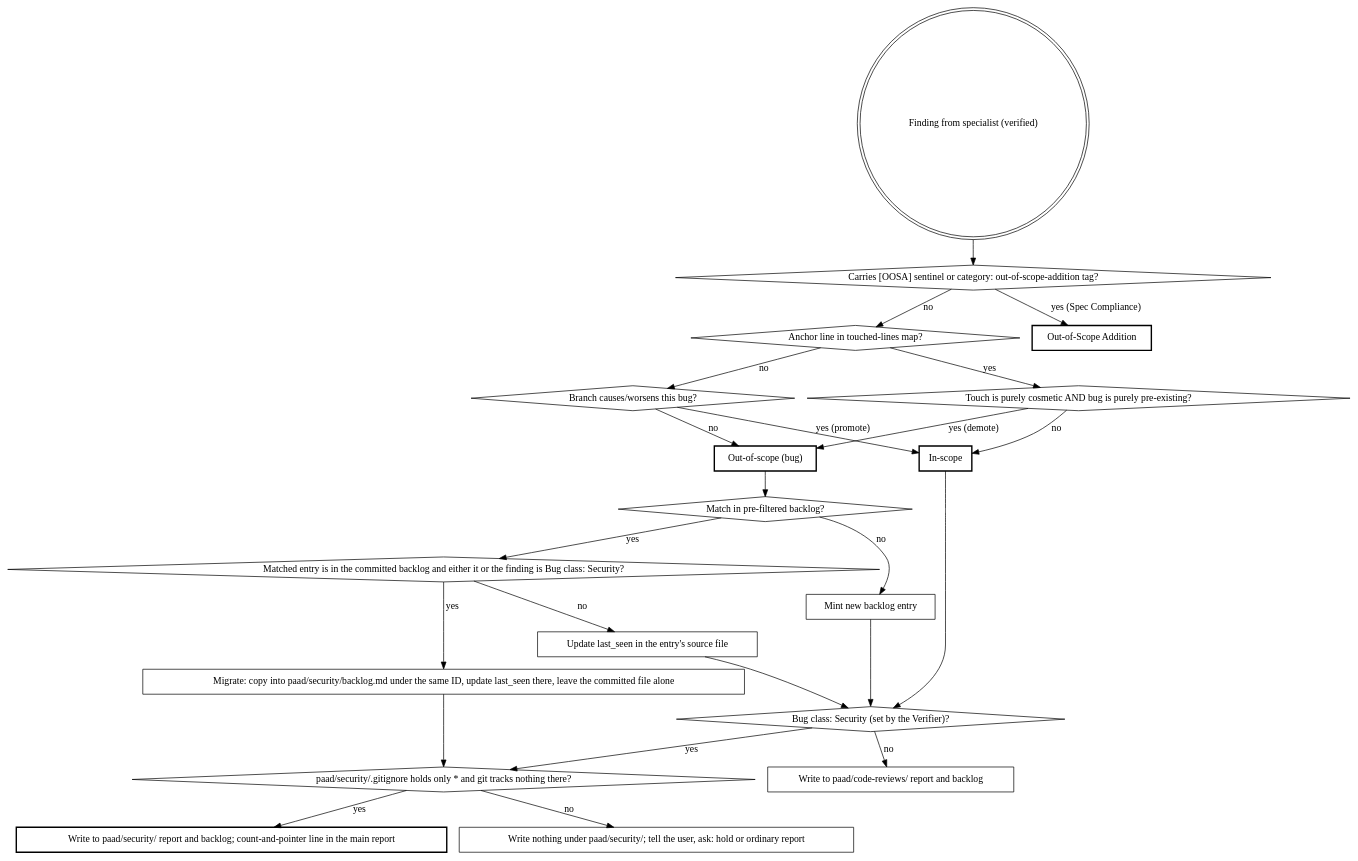
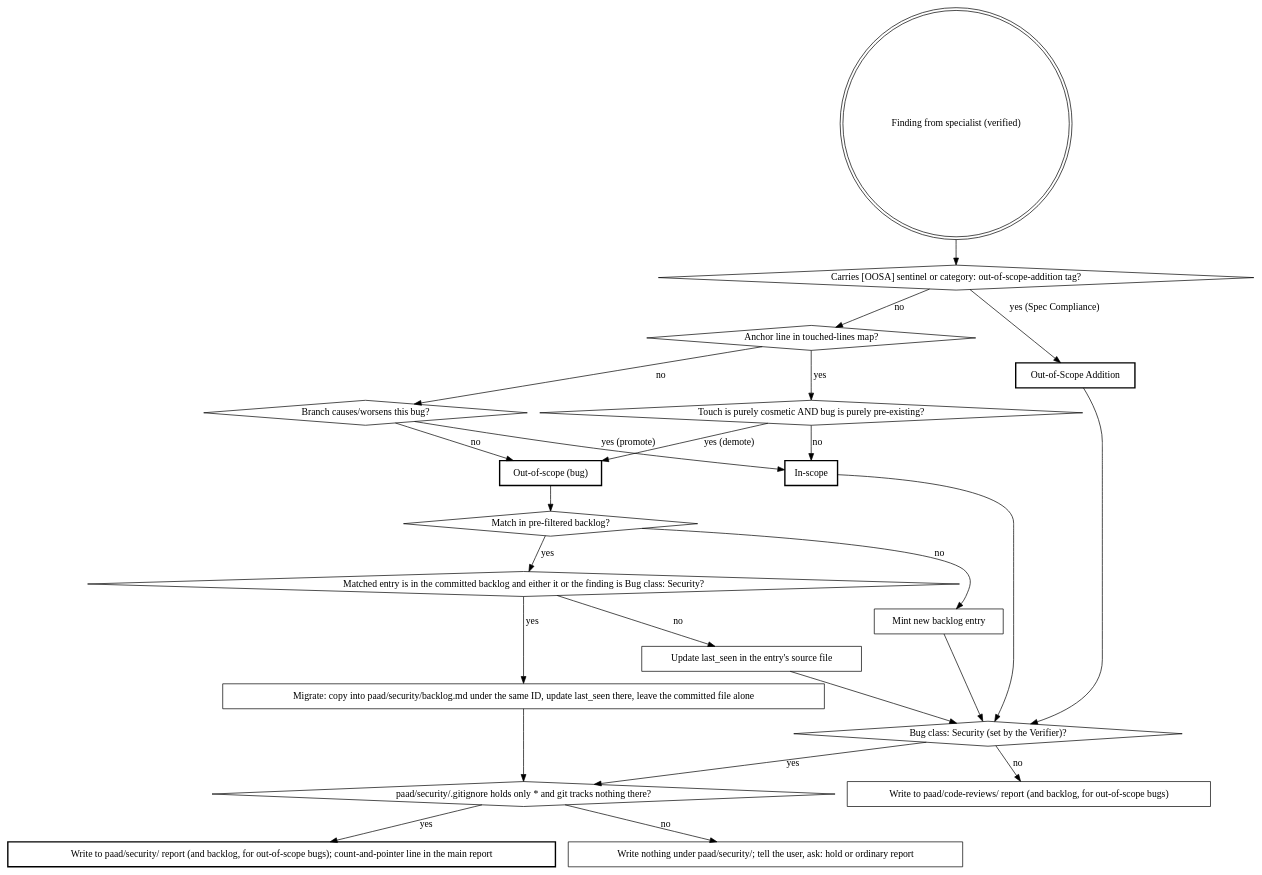
Before and after one commit to Ovid/paad: the first of 2 diagrams in preview/paad/skills/agentic-review/SKILL.md, drawn with Graphviz. The commit also changed other lines of this file and 2 other files, not shown here.

Commit message:
agentic-review: tighten security routing at its edges
- Legacy-entry count is taken over the whole committed backlog, not the
  review's file slice, and is reported on every run, not only runs that
  wrote a security file (I16, I17).
- The migrate message says the entry then lives only on this machine (I19).
- A retagged finding hashes with its original lens, so two findings at one
  file, symbol and date no longer collide; the migrate copy records the old
  class so its ID stays derivable (I18, S5).
- Security-related Filtered-out reasons write the security report on their
  own; the Security metadata line is omitted when none was written (I5, S2).
- Out-of-scope additions tagged Security route like every other finding;
  the digraph gains the missing edge (I20).

````diff
--- a/preview/paad/skills/agentic-review/SKILL.md
+++ b/preview/paad/skills/agentic-review/SKILL.md
@@ -22,46 +22,47 @@
 ```dot
 digraph classification {
   "Finding from specialist (verified)" [shape=doublecircle];
   "Carries [OOSA] sentinel or category: out-of-scope-addition tag?" [shape=diamond];
   "Anchor line in touched-lines map?" [shape=diamond];
   "Branch causes/worsens this bug?" [shape=diamond];
   "Touch is purely cosmetic AND bug is purely pre-existing?" [shape=diamond];
   "Match in pre-filtered backlog?" [shape=diamond];
   "Matched entry is in the committed backlog and either it or the finding is Bug class: Security?" [shape=diamond];
 
   "In-scope" [shape=box, style=bold];
   "Out-of-scope (bug)" [shape=box, style=bold];
   "Out-of-Scope Addition" [shape=box, style=bold];
   "Update last_seen in the entry's source file" [shape=box];
   "Mint new backlog entry" [shape=box];
   "Migrate: copy into paad/security/backlog.md under the same ID, update last_seen there, leave the committed file alone" [shape=box];
   "Bug class: Security (set by the Verifier)?" [shape=diamond];
-  "Write to paad/security/ report and backlog; count-and-pointer line in the main report" [shape=box, style=bold];
+  "Write to paad/security/ report (and backlog, for out-of-scope bugs); count-and-pointer line in the main report" [shape=box, style=bold];
   "paad/security/.gitignore holds only * and git tracks nothing there?" [shape=diamond];
   "Write nothing under paad/security/; tell the user, ask: hold or ordinary report" [shape=box];
-  "Write to paad/code-reviews/ report and backlog" [shape=box];
+  "Write to paad/code-reviews/ report (and backlog, for out-of-scope bugs)" [shape=box];
 
   "Finding from specialist (verified)" -> "Carries [OOSA] sentinel or category: out-of-scope-addition tag?";
   "Carries [OOSA] sentinel or category: out-of-scope-addition tag?" -> "Out-of-Scope Addition" [label="yes (Spec Compliance)"];
+  "Out-of-Scope Addition" -> "Bug class: Security (set by the Verifier)?";
   "Carries [OOSA] sentinel or category: out-of-scope-addition tag?" -> "Anchor line in touched-lines map?" [label="no"];
   "Anchor line in touched-lines map?" -> "Touch is purely cosmetic AND bug is purely pre-existing?" [label="yes"];
   "Anchor line in touched-lines map?" -> "Branch causes/worsens this bug?" [label="no"];
   "Touch is purely cosmetic AND bug is purely pre-existing?" -> "Out-of-scope (bug)" [label="yes (demote)"];
   "Touch is purely cosmetic AND bug is purely pre-existing?" -> "In-scope" [label="no"];
   "Branch causes/worsens this bug?" -> "In-scope" [label="yes (promote)"];
   "Branch causes/worsens this bug?" -> "Out-of-scope (bug)" [label="no"];
   "Out-of-scope (bug)" -> "Match in pre-filtered backlog?";
   "Match in pre-filtered backlog?" -> "Matched entry is in the committed backlog and either it or the finding is Bug class: Security?" [label="yes"];
   "Matched entry is in the committed backlog and either it or the finding is Bug class: Security?" -> "Migrate: copy into paad/security/backlog.md under the same ID, update last_seen there, leave the committed file alone" [label="yes"];
   "Matched entry is in the committed backlog and either it or the finding is Bug class: Security?" -> "Update last_seen in the entry's source file" [label="no"];
   "Migrate: copy into paad/security/backlog.md under the same ID, update last_seen there, leave the committed file alone" -> "paad/security/.gitignore holds only * and git tracks nothing there?";
   "Match in pre-filtered backlog?" -> "Mint new backlog entry" [label="no"];
   "In-scope" -> "Bug class: Security (set by the Verifier)?";
   "Update last_seen in the entry's source file" -> "Bug class: Security (set by the Verifier)?";
   "Mint new backlog entry" -> "Bug class: Security (set by the Verifier)?";
   "Bug class: Security (set by the Verifier)?" -> "paad/security/.gitignore holds only * and git tracks nothing there?" [label="yes"];
-  "paad/security/.gitignore holds only * and git tracks nothing there?" -> "Write to paad/security/ report and backlog; count-and-pointer line in the main report" [label="yes"];
+  "paad/security/.gitignore holds only * and git tracks nothing there?" -> "Write to paad/security/ report (and backlog, for out-of-scope bugs); count-and-pointer line in the main report" [label="yes"];
   "paad/security/.gitignore holds only * and git tracks nothing there?" -> "Write nothing under paad/security/; tell the user, ask: hold or ordinary report" [label="no"];
-  "Bug class: Security (set by the Verifier)?" -> "Write to paad/code-reviews/ report and backlog" [label="no"];
+  "Bug class: Security (set by the Verifier)?" -> "Write to paad/code-reviews/ report (and backlog, for out-of-scope bugs)" [label="no"];
 }
 ```
````
